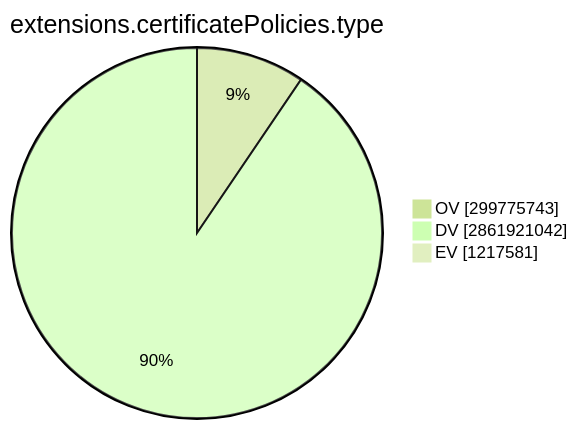
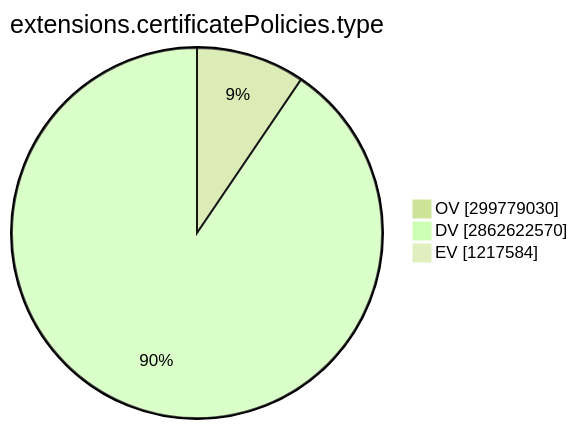
The ninth of 15 diagrams in TOTAL/README.md (christiankrug/ctmonitor_visualization), drawn with Mermaid (forest theme) before and after one commit. The commit also changed other lines of this file, not shown here.

````diff
--- a/TOTAL/README.md
+++ b/TOTAL/README.md
@@ -3101,7 +3101,7 @@
 ```mermaid
 pie showData
 title extensions.certificatePolicies.type
-"OV" :299775743
-"DV" :2861921042
-"EV" :1217581
+"OV" :299779030
+"DV" :2862622570
+"EV" :1217584
 ```
````
